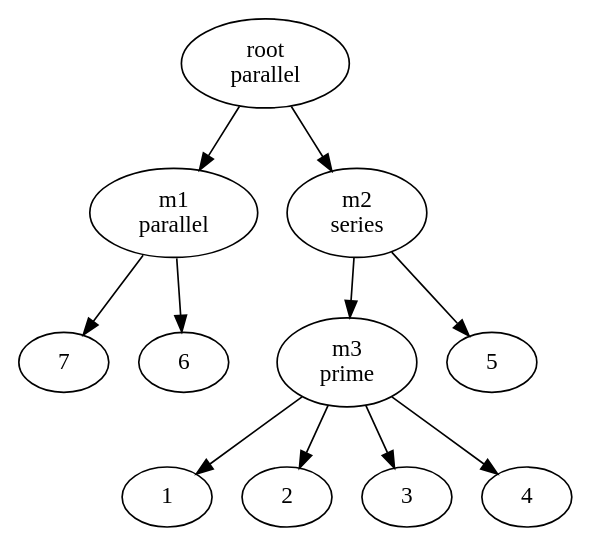
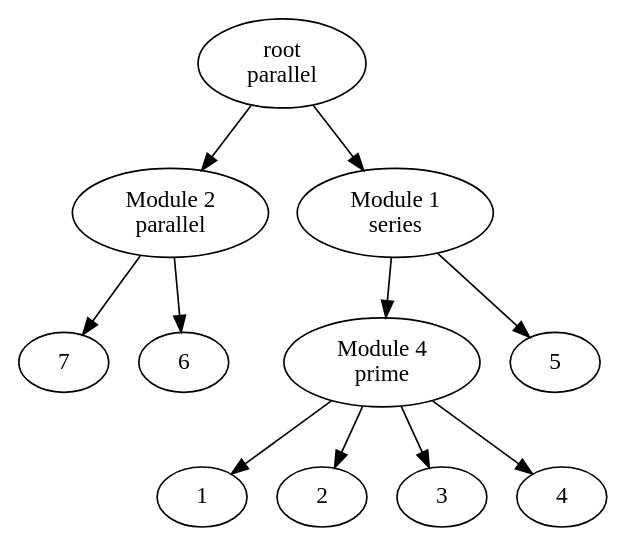
The diagram in Paper/Graph5.dot (MrBoboGet/BachelorThesis), drawn with Graphviz before and after one commit. The commit also changed 4 other files, not shown here.

```diff
--- a/Paper/Graph5.dot
+++ b/Paper/Graph5.dot
@@ -1,14 +1,13 @@
 digraph G
 {
     root [label="\N\nparallel"]
-    m1 [label="\N\nparallel"]
-    m2 [label="\N\nseries"]
-    m3 [label="\N\nprime"]
-    root [label="\N\nparallel"]
-    root -> m1;
-    root -> m2;
-    m2 -> m3;
-    m3 -> {1 2 3 4}
-    m1 -> {7 6}
-    m2 -> 5;
+    "Module 2" [label="\N\nparallel"]
+    "Module 1" [label="\N\nseries"]
+    "Module 4" [label="\N\nprime"]
+    root -> "Module 2";
+    root -> "Module 1";
+    "Module 2" -> {7 6}
+    "Module 1" -> 5
+    "Module 1" -> "Module 4";
+    "Module 4" -> {1 2 3 4}
 }
```
